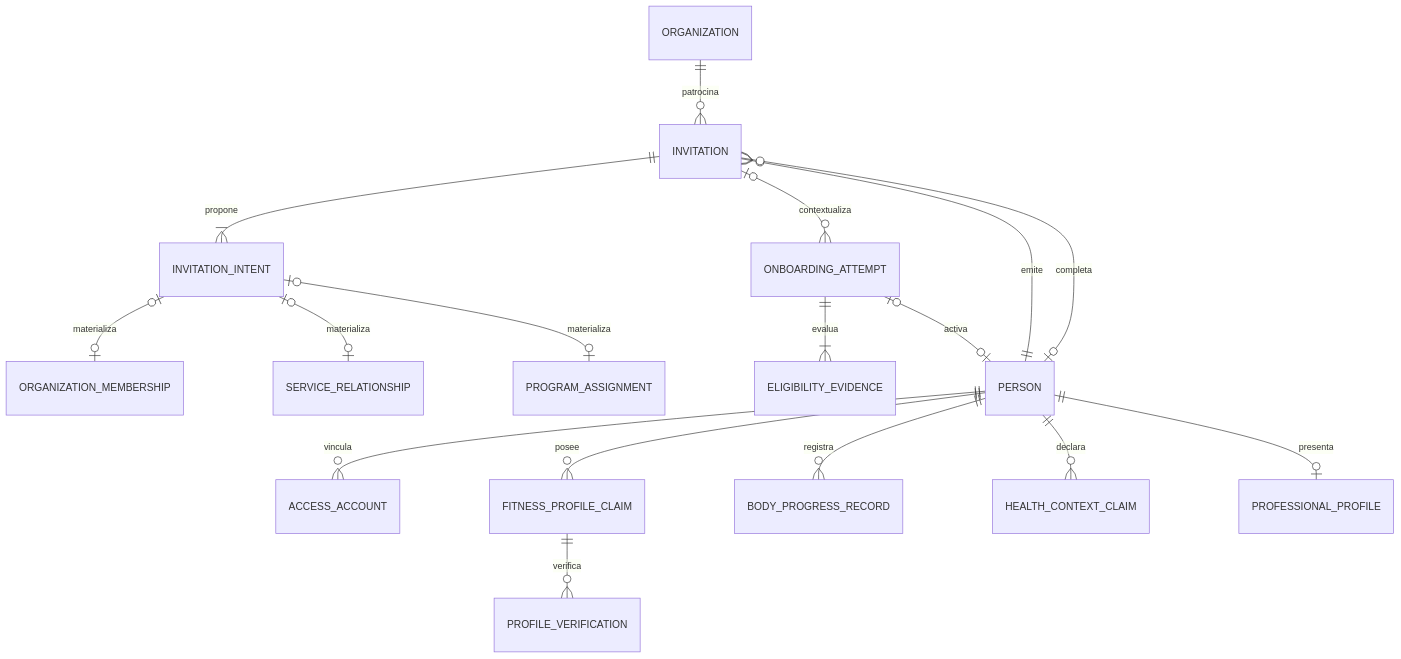
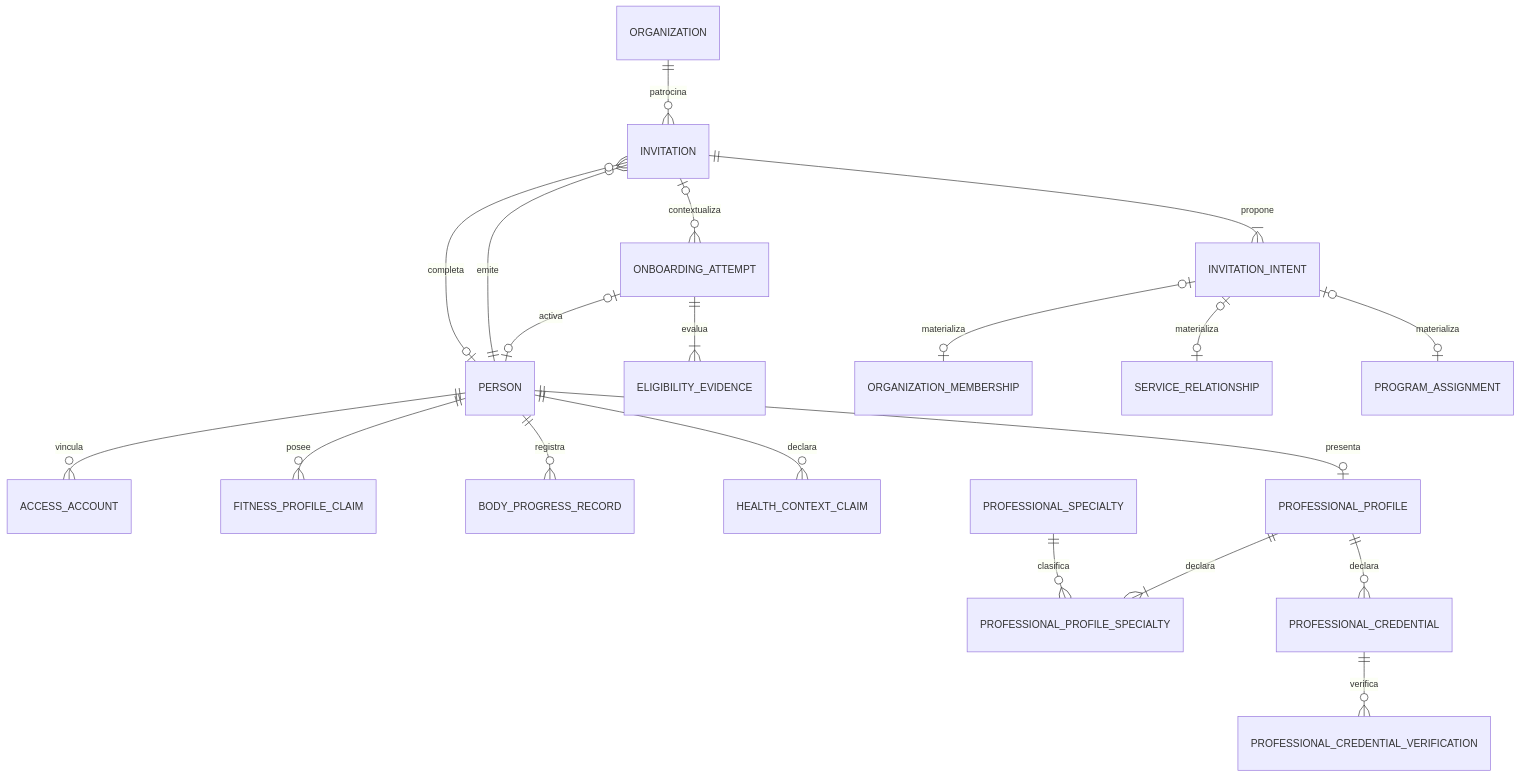
Before and after one commit to allfitone/allfitone-docs: the second of 10 diagrams in platform/database/refactor/03_PROPOSED_DESIGN/V1_CONCEPTUAL_ERD.md, drawn with Mermaid. The commit also changed other lines of this file and 19 other files, not shown here.

Commit message:
docs(studio): define professional profile model

````diff
--- a/platform/database/refactor/03_PROPOSED_DESIGN/V1_CONCEPTUAL_ERD.md
+++ b/platform/database/refactor/03_PROPOSED_DESIGN/V1_CONCEPTUAL_ERD.md
@@ -103,22 +103,25 @@
 ```mermaid
 erDiagram
     INVITATION ||--|{ INVITATION_INTENT : propone
     ORGANIZATION ||--o{ INVITATION : patrocina
     PERSON ||--o{ INVITATION : emite
     PERSON o|--o{ INVITATION : completa
 
     INVITATION o|--o{ ONBOARDING_ATTEMPT : contextualiza
     ONBOARDING_ATTEMPT ||--|{ ELIGIBILITY_EVIDENCE : evalua
     ONBOARDING_ATTEMPT o|--o| PERSON : activa
 
     PERSON ||--o{ ACCESS_ACCOUNT : vincula
     PERSON ||--o{ FITNESS_PROFILE_CLAIM : posee
     PERSON ||--o{ BODY_PROGRESS_RECORD : registra
     PERSON ||--o{ HEALTH_CONTEXT_CLAIM : declara
-    FITNESS_PROFILE_CLAIM ||--o{ PROFILE_VERIFICATION : verifica
     PERSON ||--o| PROFESSIONAL_PROFILE : presenta
+    PROFESSIONAL_PROFILE ||--|{ PROFESSIONAL_PROFILE_SPECIALTY : declara
+    PROFESSIONAL_SPECIALTY ||--o{ PROFESSIONAL_PROFILE_SPECIALTY : clasifica
+    PROFESSIONAL_PROFILE ||--o{ PROFESSIONAL_CREDENTIAL : declara
+    PROFESSIONAL_CREDENTIAL ||--o{ PROFESSIONAL_CREDENTIAL_VERIFICATION : verifica
 
     INVITATION_INTENT o|--o| ORGANIZATION_MEMBERSHIP : materializa
     INVITATION_INTENT o|--o| SERVICE_RELATIONSHIP : materializa
     INVITATION_INTENT o|--o| PROGRAM_ASSIGNMENT : materializa
 ```
````
